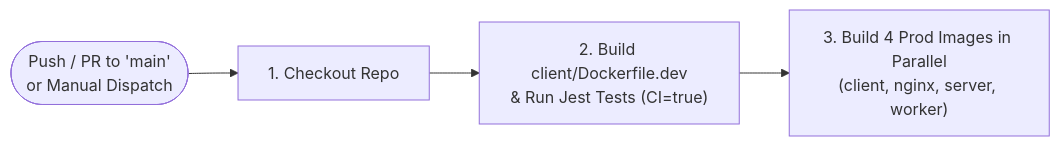
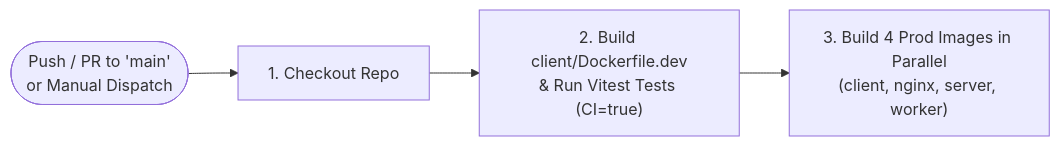
The ninth of 11 diagrams in multi-container-services/README.md (pankajspace/docker-k8s), drawn with Mermaid before and after one commit. The commit also changed other lines of this file and 21 other files, not shown here.

````diff
--- a/multi-container-services/README.md
+++ b/multi-container-services/README.md
@@ -235,6 +234,6 @@
 ```mermaid
 flowchart LR
     Trigger(["Push / PR to 'main'\nor Manual Dispatch"]) --> Checkout["1. Checkout Repo"]
-    Checkout --> Test["2. Build client/Dockerfile.dev\n& Run Jest Tests (CI=true)"]
+    Checkout --> Test["2. Build client/Dockerfile.dev\n& Run Vitest Tests (CI=true)"]
     Test --> Build["3. Build 4 Prod Images in Parallel\n(client, nginx, server, worker)"]
 ```
````
